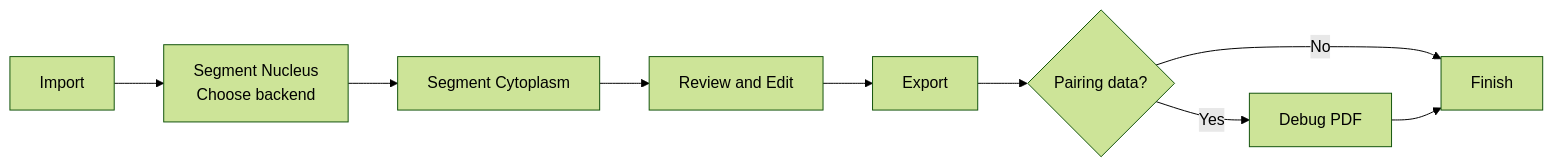
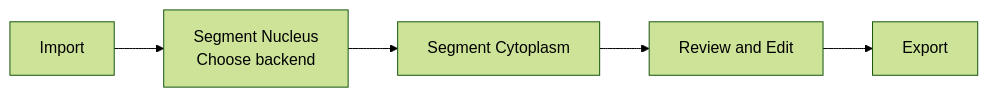
Before and after one commit to UCI-Ding-Lab/FISH-ML2: the diagram in README.md, drawn with Mermaid (forest theme). The commit also changed other lines of this file and 1 other file, not shown here.

Commit message:
docs: make export the final workflow step

````diff
--- a/README.md
+++ b/README.md
@@ -137,11 +137,7 @@
 ```mermaid
 flowchart LR
     A[Import] --> B[Segment Nucleus<br/>Choose backend]
     B --> C[Segment Cytoplasm]
     C --> D[Review and Edit]
     D --> E[Export]
-    E --> F{Pairing data?}
-    F -->|Yes| G[Debug PDF]
-    F -->|No| H[Finish]
-    G --> H
 ```
````
